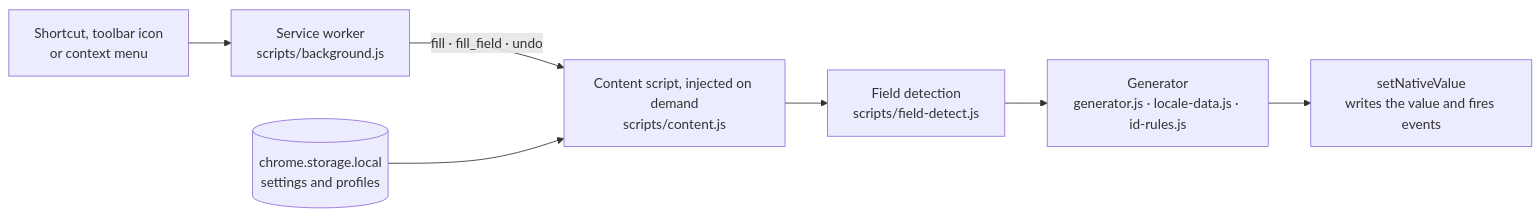
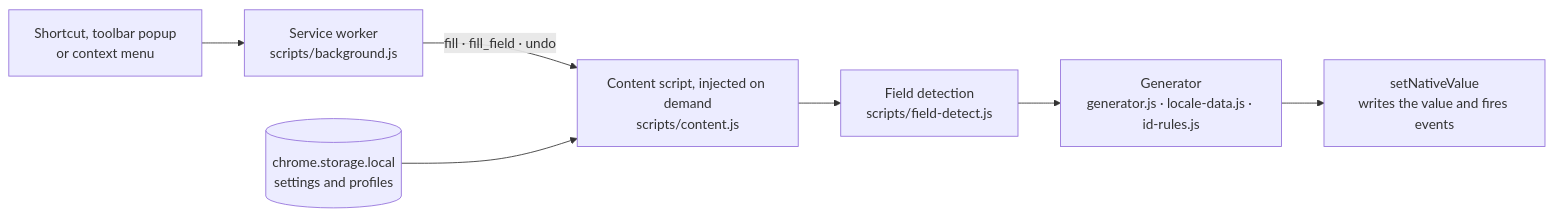
The diagram in README.md (kilicberkay/FillHub), drawn with Mermaid before and after one commit. The commit also changed other lines of this file and 14 other files, not shown here.

First line of the commit message:
Add toolbar popup for country, profile, fill and undo

````diff
--- a/README.md
+++ b/README.md
@@ -225,9 +225,9 @@
 ```mermaid
 flowchart LR
-    A["Shortcut, toolbar icon<br/>or context menu"] --> B["Service worker<br/>scripts/background.js"]
+    A["Shortcut, toolbar popup<br/>or context menu"] --> B["Service worker<br/>scripts/background.js"]
     B -->|"fill · fill_field · undo"| C["Content script, injected on demand<br/>scripts/content.js"]
     S[("chrome.storage.local<br/>settings and profiles")] --> C
     C --> D["Field detection<br/>scripts/field-detect.js"]
     D --> E["Generator<br/>generator.js · locale-data.js · id-rules.js"]
     E --> F["setNativeValue<br/>writes the value and fires events"]
 ```
````
